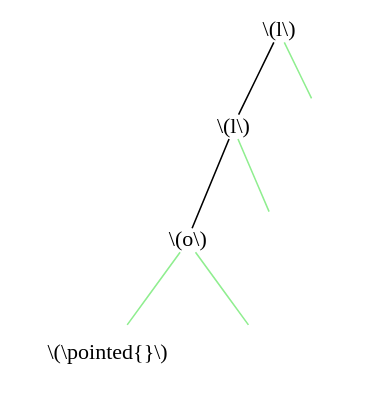
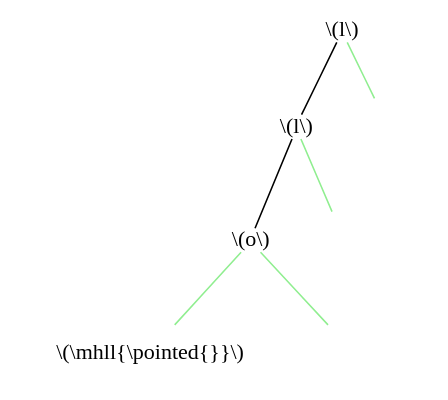
Before and after one commit to Larhard/Combinatorial-interpretations-of-holonomic-recurrences: the diagram in article/images_src/lambda/trees_101/0.dot, drawn with Graphviz. The commit also changed 111 other files, not shown here.

```diff
--- a/article/images_src/lambda/trees_101/0.dot
+++ b/article/images_src/lambda/trees_101/0.dot
@@ -1,16 +1,16 @@
 graph {
 	size="4,4"
 	0 [label="\\(l\\)" shape=plain]
 	1 [label="\\(l\\)" shape=plain]
 	0 -- 1
 	2 [label="\\(o\\)" shape=plain]
 	1 -- 2
-	3 [label="\\(\\pointed{}\\)" shape=none]
+	3 [label="\\(\\mhll{\\pointed{}}\\)" shape=none]
 	2 -- 3 [color=lightgreen]
 	4 [label="" shape=none]
 	2 -- 4 [color=lightgreen]
 	5 [label="" shape=none]
 	1 -- 5 [color=lightgreen]
 	6 [label="" shape=none]
 	0 -- 6 [color=lightgreen]
 }
```
